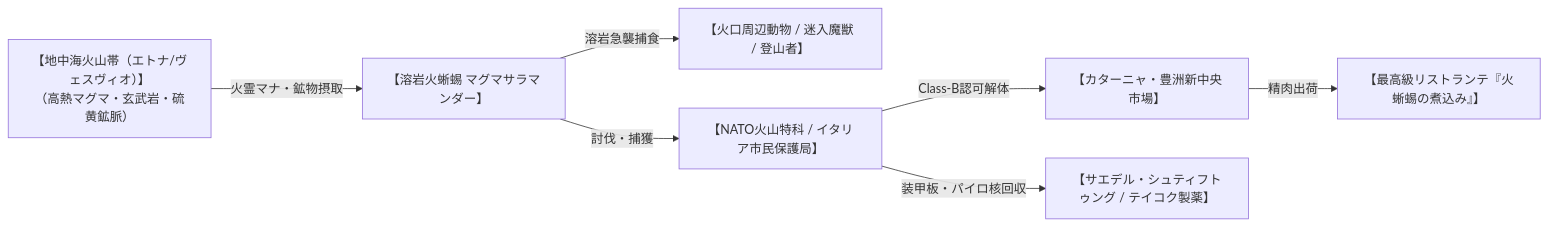
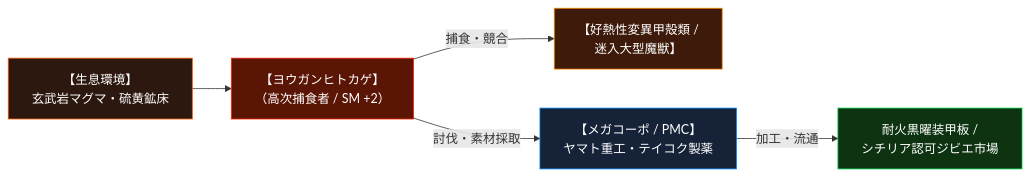
Before and after one commit to takenoriohno-cloud/world-building: the second of 2 diagrams in creatures/004_magma_salamander.md, drawn with Mermaid. The commit also changed other lines of this file and 24 other files, not shown here.

````diff
--- a/creatures/004_magma_salamander.md
+++ b/creatures/004_magma_salamander.md
@@ -101,10 +133,14 @@
 ```mermaid
 flowchart LR
-    %% マグマサラマンダー生態系・食物連鎖・流通ネットワーク図
-    A["【地中海火山帯（エトナ/ヴェスヴィオ）】<br/>（高熱マグマ・玄武岩・硫黄鉱脈）"] -->|火霊マナ・鉱物摂取| B["【溶岩火蜥蜴 マグマサラマンダー】"]
-    B -->|溶岩急襲捕食| C["【火口周辺動物 / 迷入魔獣 / 登山者】"]
-    B -->|討伐・捕獲| D["【NATO火山特科 / イタリア市民保護局】"]
-    D -->|Class-B認可解体| E["【カターニャ・豊洲新中央市場】"]
-    E -->|精肉出荷| F["【最高級リストランテ『火蜥蜴の煮込み』】"]
-    D -->|装甲板・パイロ核回収| G["【サエデル・シュティフトゥング / テイコク製薬】"]
+    %% 生態系・食物連鎖・産業ネットワーク図
+    A["【生息環境】<br/>玄武岩マグマ・硫黄鉱床"] --> B["【ヨウガンヒトカゲ】<br/>（高次捕食者 / SM +2）"]
+    B -->|捕食・競合| C["【好熱性変異甲殻類 /<br/>迷入大型魔獣】"]
+    B -->|討伐・素材採取| D["【メガコーポ / PMC】<br/>ヤマト重工・テイコク製薬"]
+    D -->|加工・流通| E["耐火黒曜装甲板 /<br/>シチリア認可ジビエ市場"]
+
+    style A fill:#2d1810,stroke:#ff5500,color:#ffffff
+    style B fill:#5a1505,stroke:#ff2200,color:#ffffff
+    style C fill:#3d1a0a,stroke:#ff8800,color:#ffffff
+    style D fill:#152238,stroke:#0088ff,color:#ffffff
+    style E fill:#0d3311,stroke:#00cc44,color:#ffffff
 ```
````
